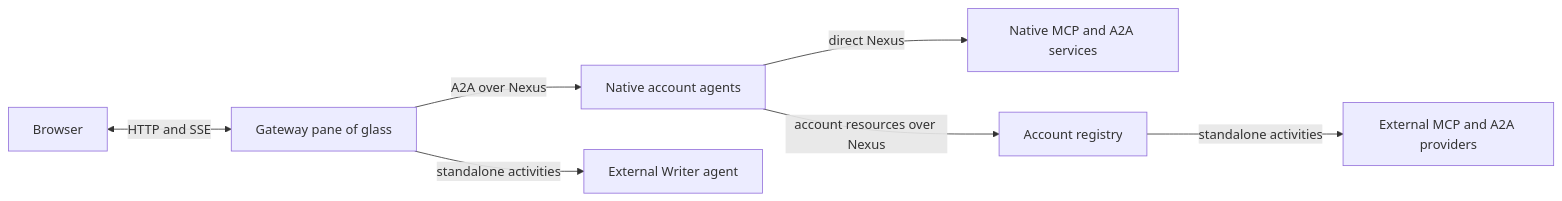
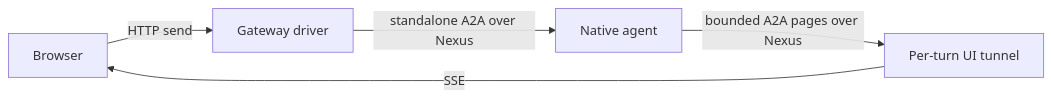
The fifth of 7 diagrams in examples/nexus_hello/README.md (temporal-community/temporal-agent-harness), drawn with Mermaid before and after one commit. The commit also changed other lines of this file and 40 other files, not shown here.

````diff
--- a/examples/nexus_hello/README.md
+++ b/examples/nexus_hello/README.md
@@ -236,9 +212,7 @@
 ```mermaid
 flowchart LR
-    Browser[Browser] <-->|HTTP and SSE| Gateway[Gateway pane of glass]
-    Gateway -->|A2A over Nexus| Agents[Native account agents]
-    Gateway -->|standalone activities| Writer[External Writer agent]
-    Agents -->|direct Nexus| Native[Native MCP and A2A services]
-    Agents -->|account resources over Nexus| Registry[Account registry]
-    Registry -->|standalone activities| External[External MCP and A2A providers]
+    Browser[Browser] -->|HTTP send| Gateway[Gateway driver]
+    Gateway -->|standalone A2A over Nexus| Agent[Native agent]
+    Agent -->|bounded A2A pages over Nexus| Tunnel[Per-turn UI tunnel]
+    Tunnel -->|SSE| Browser
 ```
````
